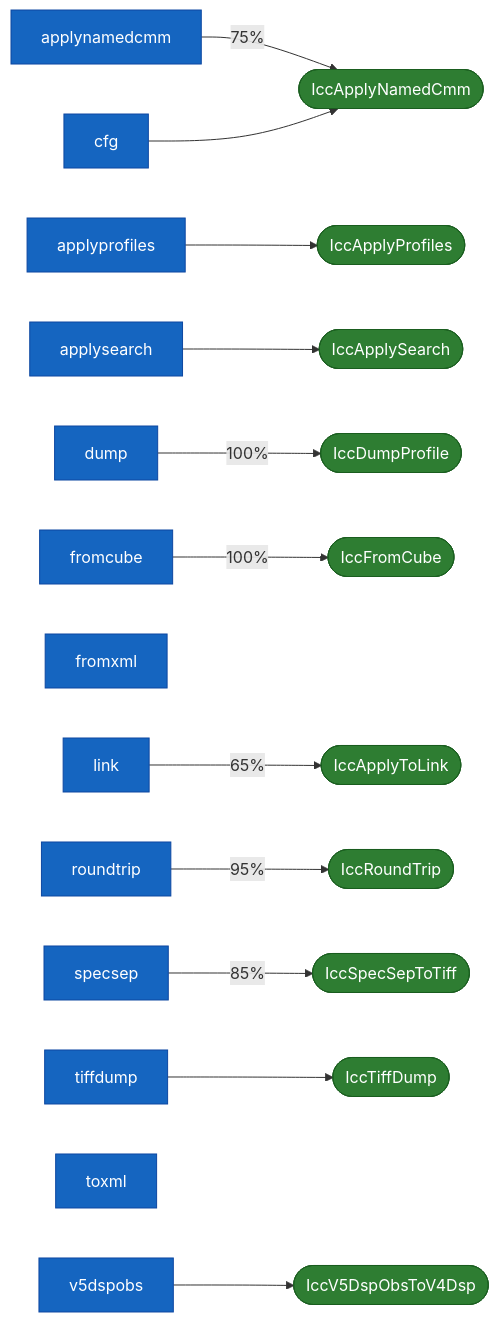
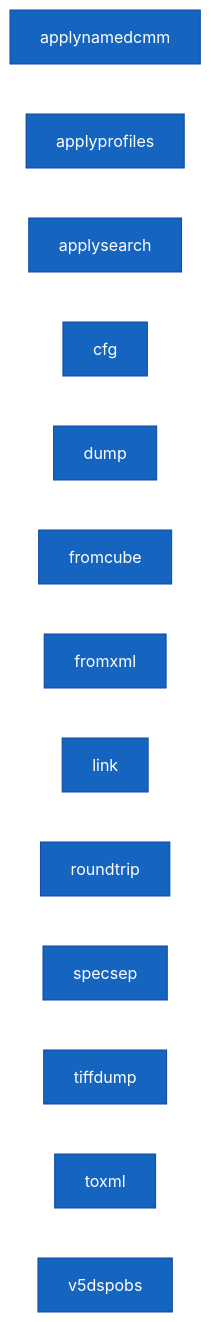
One commit to xsscx/research changed the diagram in call-graph/mermaid/fuzzer-map.md. Above: the diagram before and after it, drawn with Mermaid. The commit also changed 3 other files, not shown here.

Commit message:
call-graph: regenerate after upstream sync (181 heuristics, 61 patches, 13 fuzzers, 93 CVEs)

````diff
--- a/call-graph/mermaid/fuzzer-map.md
+++ b/call-graph/mermaid/fuzzer-map.md
@@ -3,41 +3,19 @@
 ```mermaid
 graph LR
     fuzzer_icc_applynamedcmm_fuzzer["applynamedcmm"]:::fuzzer
-    comp_iccdev_tools_IccApplyNamedCmm(["IccApplyNamedCmm"]):::tool
-    fuzzer_icc_applynamedcmm_fuzzer -->|75%| comp_iccdev_tools_IccApplyNamedCmm
     fuzzer_icc_applyprofiles_fuzzer["applyprofiles"]:::fuzzer
-    comp_iccdev_tools_IccApplyProfiles(["IccApplyProfiles"]):::tool
-    fuzzer_icc_applyprofiles_fuzzer --> comp_iccdev_tools_IccApplyProfiles
     fuzzer_icc_applysearch_fuzzer["applysearch"]:::fuzzer
-    comp_iccdev_tools_IccApplySearch(["IccApplySearch"]):::tool
-    fuzzer_icc_applysearch_fuzzer --> comp_iccdev_tools_IccApplySearch
     fuzzer_icc_cfg_fuzzer["cfg"]:::fuzzer
-    comp_iccdev_tools_IccApplyNamedCmm(["IccApplyNamedCmm"]):::tool
-    fuzzer_icc_cfg_fuzzer --> comp_iccdev_tools_IccApplyNamedCmm
     fuzzer_icc_dump_fuzzer["dump"]:::fuzzer
-    comp_iccdev_tools_IccDumpProfile(["IccDumpProfile"]):::tool
-    fuzzer_icc_dump_fuzzer -->|100%| comp_iccdev_tools_IccDumpProfile
     fuzzer_icc_fromcube_fuzzer["fromcube"]:::fuzzer
-    comp_iccdev_tools_IccFromCube(["IccFromCube"]):::tool
-    fuzzer_icc_fromcube_fuzzer -->|100%| comp_iccdev_tools_IccFromCube
     fuzzer_icc_fromxml_fuzzer["fromxml"]:::fuzzer
     fuzzer_icc_link_fuzzer["link"]:::fuzzer
-    comp_iccdev_tools_IccApplyToLink(["IccApplyToLink"]):::tool
-    fuzzer_icc_link_fuzzer -->|65%| comp_iccdev_tools_IccApplyToLink
     fuzzer_icc_roundtrip_fuzzer["roundtrip"]:::fuzzer
-    comp_iccdev_tools_IccRoundTrip(["IccRoundTrip"]):::tool
-    fuzzer_icc_roundtrip_fuzzer -->|95%| comp_iccdev_tools_IccRoundTrip
     fuzzer_icc_specsep_fuzzer["specsep"]:::fuzzer
-    comp_iccdev_tools_IccSpecSepToTiff(["IccSpecSepToTiff"]):::tool
-    fuzzer_icc_specsep_fuzzer -->|85%| comp_iccdev_tools_IccSpecSepToTiff
     fuzzer_icc_tiffdump_fuzzer["tiffdump"]:::fuzzer
-    comp_iccdev_tools_IccTiffDump(["IccTiffDump"]):::tool
-    fuzzer_icc_tiffdump_fuzzer --> comp_iccdev_tools_IccTiffDump
     fuzzer_icc_toxml_fuzzer["toxml"]:::fuzzer
     fuzzer_icc_v5dspobs_fuzzer["v5dspobs"]:::fuzzer
-    comp_iccdev_tools_IccV5DspObsToV4Dsp(["IccV5DspObsToV4Dsp"]):::tool
-    fuzzer_icc_v5dspobs_fuzzer --> comp_iccdev_tools_IccV5DspObsToV4Dsp
 
     classDef fuzzer fill:#1565c0,color:#fff,stroke:#0d47a1
     classDef tool fill:#2e7d32,color:#fff,stroke:#1b5e20
 ```
````
